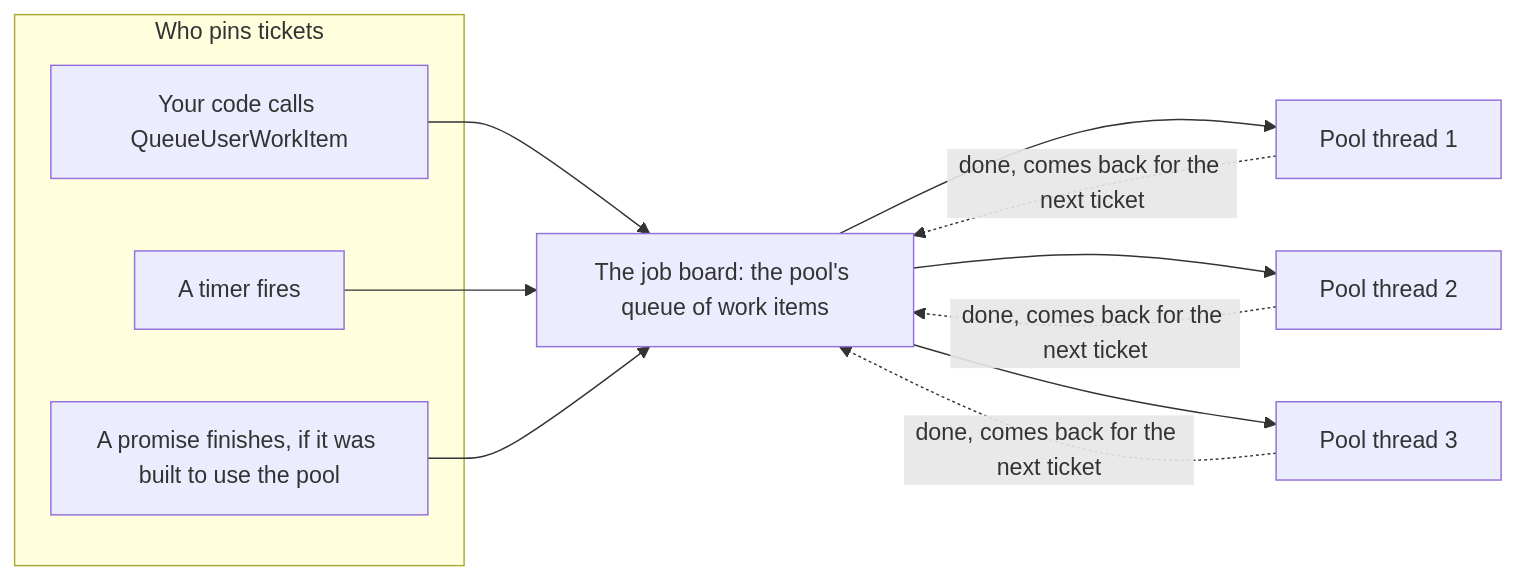
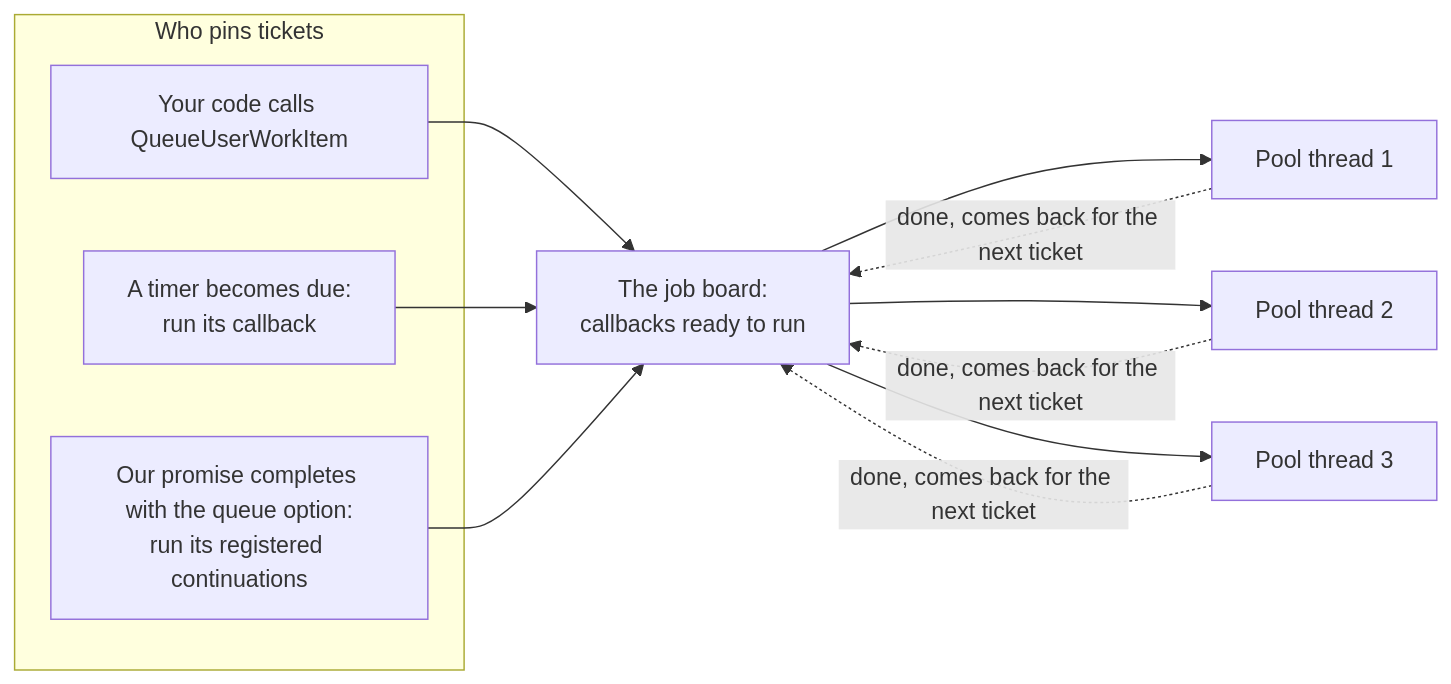
Before and after one commit to mmpworks/MMP.AsyncProxy: the first of 3 diagrams in docs/course/01-why-threads-hurt.md, drawn with Mermaid. The commit also changed other lines of this file and 14 other files, not shown here.

````diff
--- a/docs/course/01-why-threads-hurt.md
+++ b/docs/course/01-why-threads-hurt.md
@@ -77,17 +126,17 @@
 ```mermaid
 flowchart LR
     subgraph Senders["Who pins tickets"]
         A["Your code calls QueueUserWorkItem"]
-        B["A timer fires"]
-        C["A promise finishes, if it was built to use the pool"]
+        B["A timer becomes due:<br/>run its callback"]
+        C["Our promise completes with the queue option:<br/>run its registered continuations"]
     end
-    A --> Q["The job board: the pool's queue of work items"]
+    A --> Q["The job board:<br/>callbacks ready to run"]
     B --> Q
     C --> Q
     Q --> W1["Pool thread 1"]
     Q --> W2["Pool thread 2"]
     Q --> W3["Pool thread 3"]
     W1 -.->|"done, comes back for the next ticket"| Q
     W2 -.->|"done, comes back for the next ticket"| Q
     W3 -.->|"done, comes back for the next ticket"| Q
 ```
````
